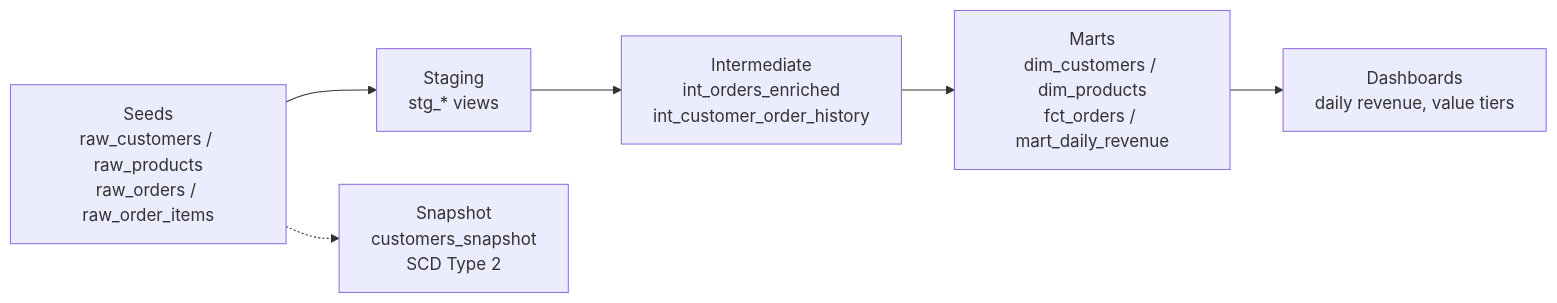
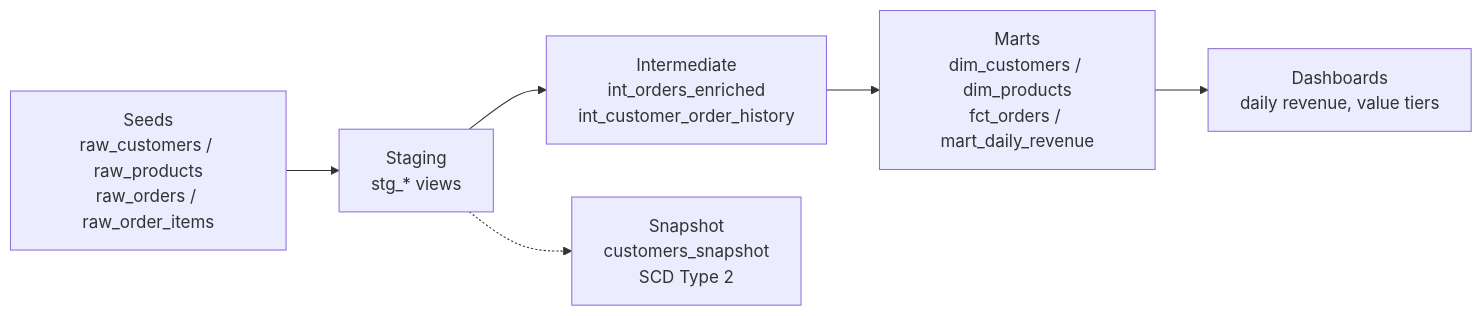
Before and after one commit to harishsingi/dbt-transformation-models: the diagram in README.md, drawn with Mermaid. The commit also changed other lines of this file and 37 other files, not shown here.

````diff
--- a/README.md
+++ b/README.md
@@ -63,8 +81,8 @@
 ```mermaid
 flowchart LR
     S[Seeds<br/>raw_customers / raw_products<br/>raw_orders / raw_order_items] --> ST[Staging<br/>stg_* views]
     ST --> I[Intermediate<br/>int_orders_enriched<br/>int_customer_order_history]
     I --> M[Marts<br/>dim_customers / dim_products<br/>fct_orders / mart_daily_revenue]
-    S -.-> SN[Snapshot<br/>customers_snapshot<br/>SCD Type 2]
+    ST -.-> SN[Snapshot<br/>customers_snapshot<br/>SCD Type 2]
     M --> D[Dashboards<br/>daily revenue, value tiers]
 ```
````
